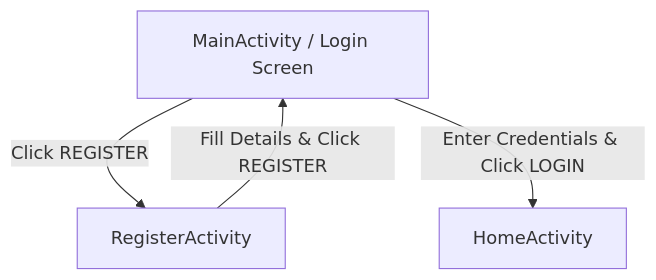
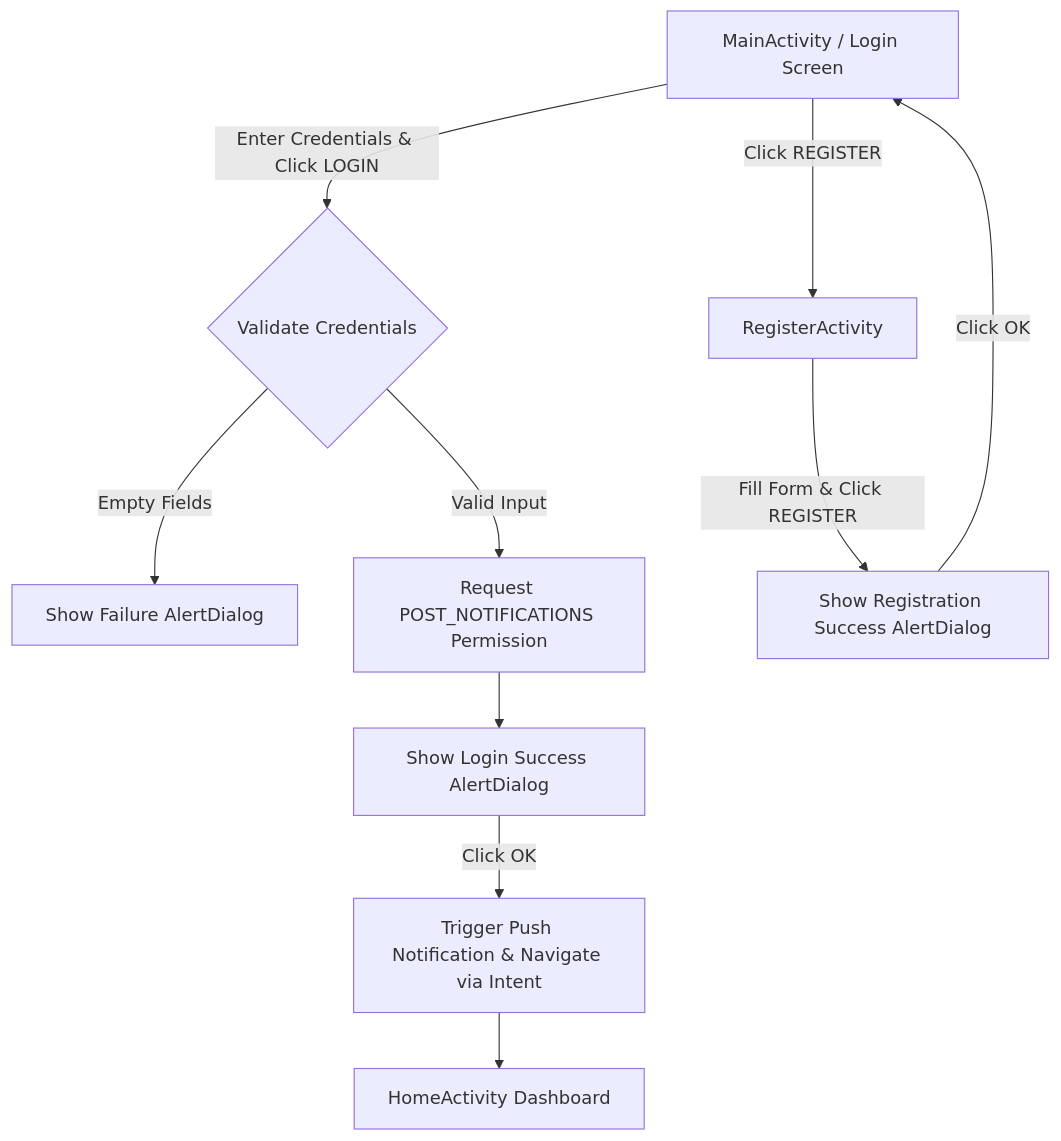
Before and after one commit to joylynprincita-ai/Android-studio-: the diagram in README.md, drawn with Mermaid. The commit also changed other lines of this file and 18 other files, not shown here.

Commit message:
Add Experiment 5: AlertDialog popups, system notifications, runtime permissions, and README with screenshots

````diff
--- a/README.md
+++ b/README.md
@@ -32,6 +51,12 @@
 ```mermaid
 graph TD
     A[MainActivity / Login Screen] -->|Click REGISTER| B[RegisterActivity]
-    A -->|Enter Credentials & Click LOGIN| C[HomeActivity]
-    B -->|Fill Details & Click REGISTER| A
+    A -->|Enter Credentials & Click LOGIN| C{Validate Credentials}
+    C -->|Empty Fields| D[Show Failure AlertDialog]
+    C -->|Valid Input| E[Request POST_NOTIFICATIONS Permission]
+    E --> F[Show Login Success AlertDialog]
+    F -->|Click OK| G[Trigger Push Notification & Navigate via Intent]
+    G --> H[HomeActivity Dashboard]
+    B -->|Fill Form & Click REGISTER| I[Show Registration Success AlertDialog]
+    I -->|Click OK| A
 ```
````
